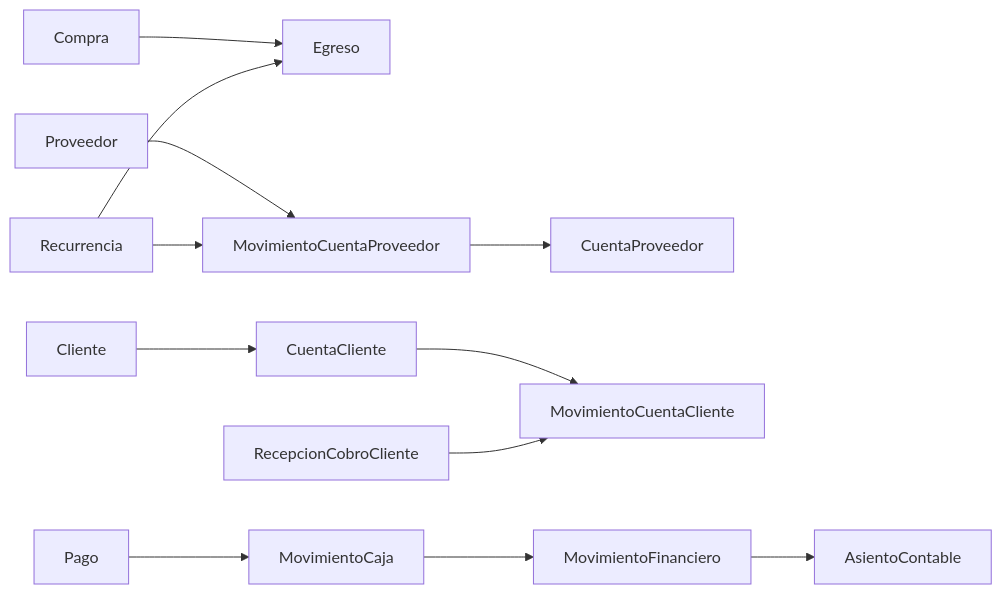
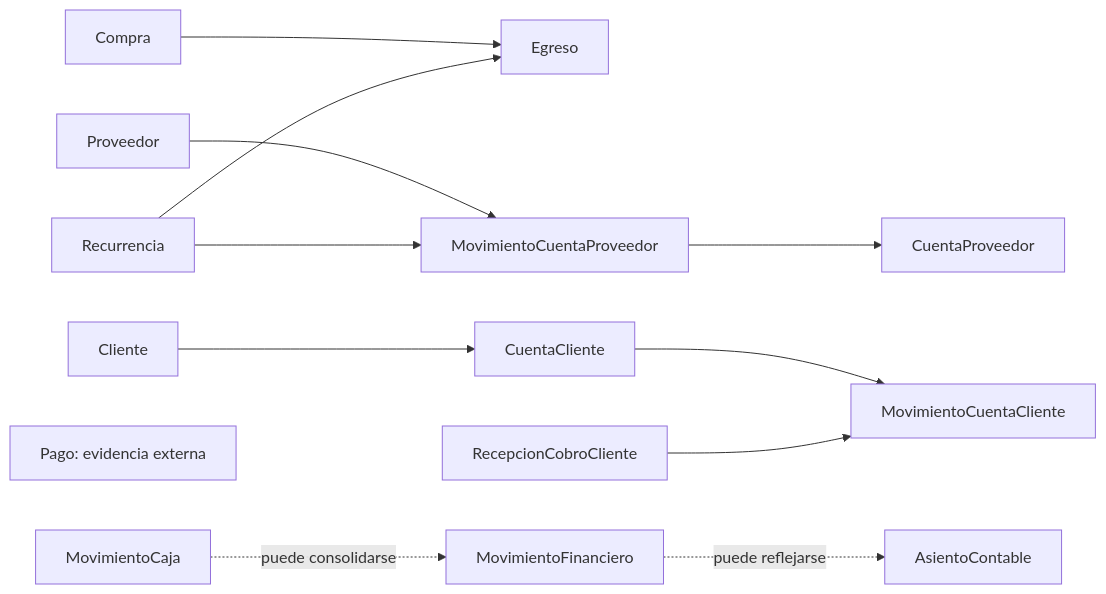
One commit to yelsino/yolafresh-utils changed the diagram in src/docs/finanzas/README.md. Above: the diagram before and after it, drawn with Mermaid. The commit also changed other lines of this file and 31 other files, not shown here.

````diff
--- a/src/docs/finanzas/README.md
+++ b/src/docs/finanzas/README.md
@@ -61,14 +94,14 @@
 ```mermaid
 flowchart LR
   Compra --> Egreso
   Proveedor --> MovimientoCuentaProveedor
   MovimientoCuentaProveedor --> CuentaProveedor
   Cliente --> CuentaCliente
   CuentaCliente --> MovimientoCuentaCliente
   RecepcionCobroCliente --> MovimientoCuentaCliente
   Recurrencia --> Egreso
   Recurrencia --> MovimientoCuentaProveedor
-  Pago --> MovimientoCaja
-  MovimientoCaja --> MovimientoFinanciero
-  MovimientoFinanciero --> AsientoContable
+  Pago[Pago: evidencia externa]
+  MovimientoCaja -. puede consolidarse .-> MovimientoFinanciero
+  MovimientoFinanciero -. puede reflejarse .-> AsientoContable
 ```
````
